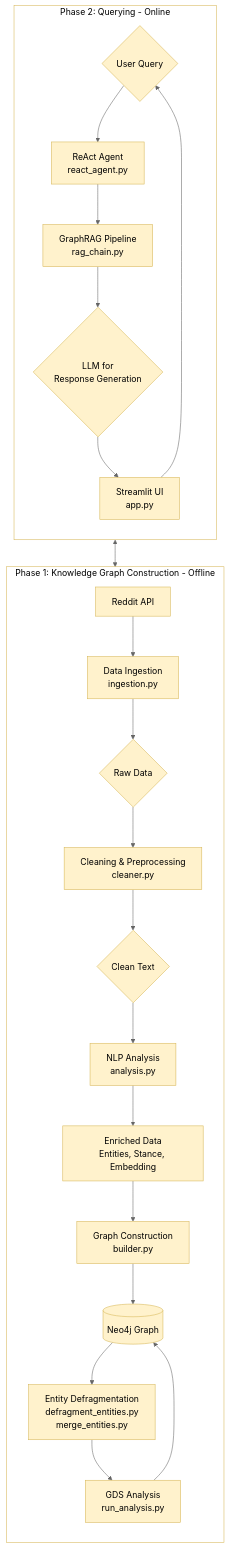
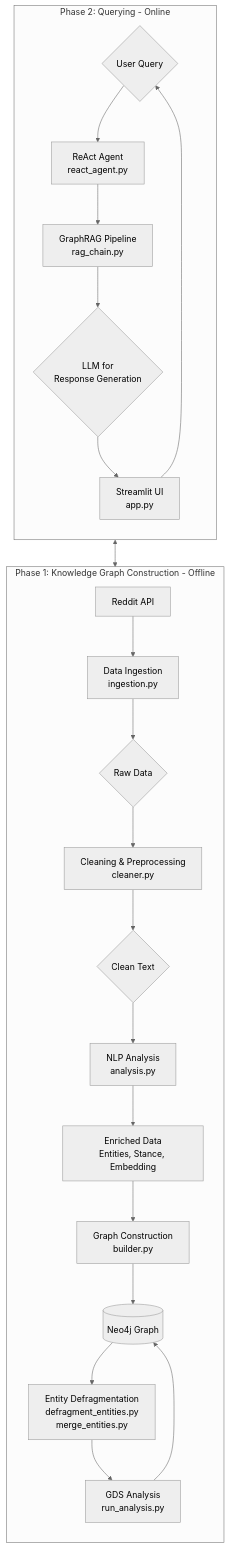
One commit to gabrielefuoco/Reddit-GraphRAG changed the diagram in README.md. Above: the diagram before and after it, drawn with Mermaid (neutral theme). The commit also changed other lines of this file and 1 other file, not shown here.

````diff
--- a/README.md
+++ b/README.md
@@ -33,58 +47,44 @@
 ```mermaid
 graph TD
-    %% Stili per emulare i colori dell'immagine
-    classDef process fill:#fff2cc,stroke:#d6b656,stroke-width:1px,color:#000;
-    classDef data fill:#fff2cc,stroke:#d6b656,stroke-width:1px,shape:diamond,color:#000;
-    classDef db fill:#fff2cc,stroke:#d6b656,stroke-width:1px,shape:cylinder,color:#000;
-    classDef cluster fill:#ffffff,stroke:#d6b656,stroke-width:1px,color:#000;
-
     subgraph Phase2 [Phase 2: Querying - Online]
         direction TB
-        UserQuery{User Query}:::data
-        Agent[ReAct Agent<br/>react_agent.py]:::process
-        RAG[GraphRAG Pipeline<br/>rag_chain.py]:::process
-        LLM{LLM for<br/>Response Generation}:::data
-        UI[Streamlit UI<br/>app.py]:::process
-
+        UserQuery{User Query}
+        Agent[ReAct Agent<br/>react_agent.py]
+        RAG[GraphRAG Pipeline<br/>rag_chain.py]
+        LLM{LLM for<br/>Response Generation}
+        UI[Streamlit UI<br/>app.py]
         UI --> UserQuery
         UserQuery --> Agent
         Agent --> RAG
         RAG --> LLM
         LLM --> UI
     end
 
     subgraph Phase1 [Phase 1: Knowledge Graph Construction - Offline]
         direction TB
-        RedditAPI[Reddit API]:::process
-        Ingestion[Data Ingestion<br/>ingestion.py]:::process
-        RawData{Raw Data}:::data
-        Cleaning[Cleaning & Preprocessing<br/>cleaner.py]:::process
-        CleanText{Clean Text}:::data
-        NLP[NLP Analysis<br/>analysis.py]:::process
-        EnrichedData[Enriched Data<br/>Entities, Stance, Embedding]:::process
-        Builder[Graph Construction<br/>builder.py]:::process
-        Neo4j[(Neo4j Graph)]:::db
-        Defrag[Entity Defragmentation<br/>defragment_entities.py<br/>merge_entities.py]:::process
-        GDS[GDS Analysis<br/>run_analysis.py]:::process
-
+        RedditAPI[Reddit API]
+        Ingestion[Data Ingestion<br/>ingestion.py]
+        RawData{Raw Data}
+        Cleaning[Cleaning & Preprocessing<br/>cleaner.py]
+        CleanText{Clean Text}
+        NLP[NLP Analysis<br/>analysis.py]
+        EnrichedData[Enriched Data<br/>Entities, Stance, Embedding]
+        Builder[Graph Construction<br/>builder.py]
+        Neo4j[(Neo4j Graph)]
+        Defrag[Entity Defragmentation<br/>defragment_entities.py<br/>merge_entities.py]
+        GDS[GDS Analysis<br/>run_analysis.py]
         RedditAPI --> Ingestion
         Ingestion --> RawData
         RawData --> Cleaning
         Cleaning --> CleanText
         CleanText --> NLP
         NLP --> EnrichedData
         EnrichedData --> Builder
         Builder --> Neo4j
         Neo4j --> Defrag
         Defrag --> GDS
         GDS --> Neo4j
     end
 
-    %% Connessione tra le fasi (RAG accede al DB)
     RAG <--> Neo4j
-
-    %% Stile dei bordi dei sottografi
-    style Phase1 stroke:#d6b656,stroke-width:1px
-    style Phase2 stroke:#d6b656,stroke-width:1px
-
 ```
````
